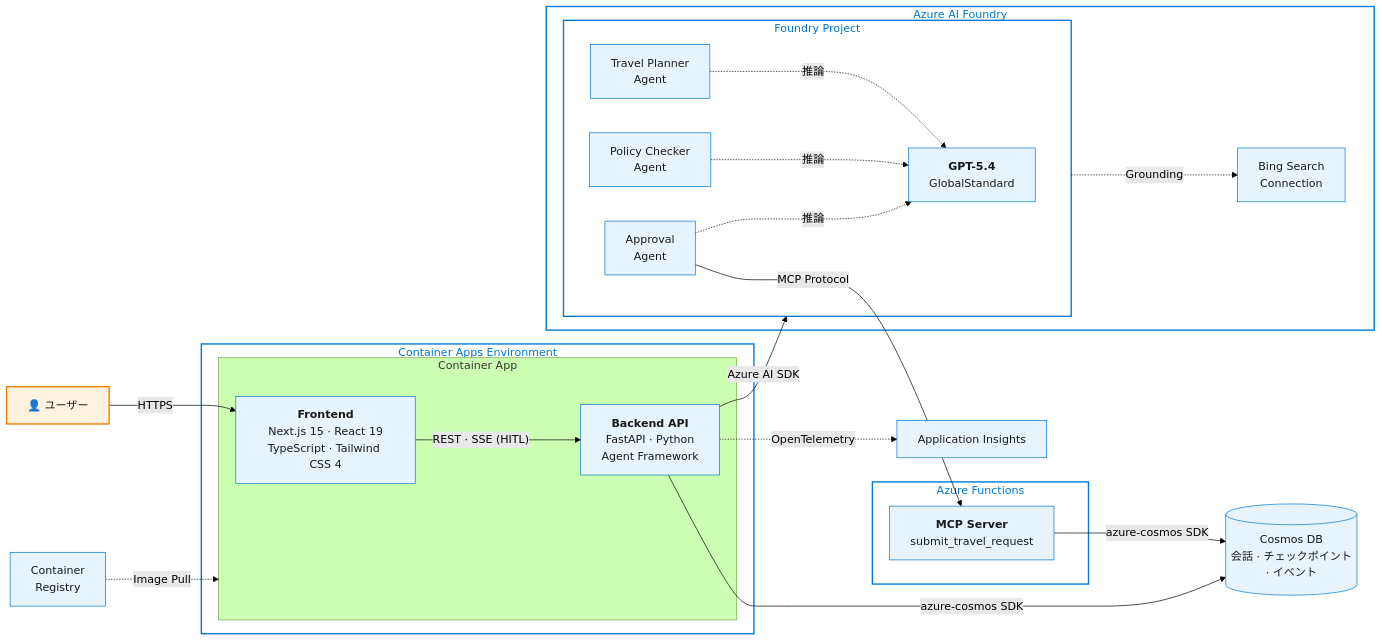
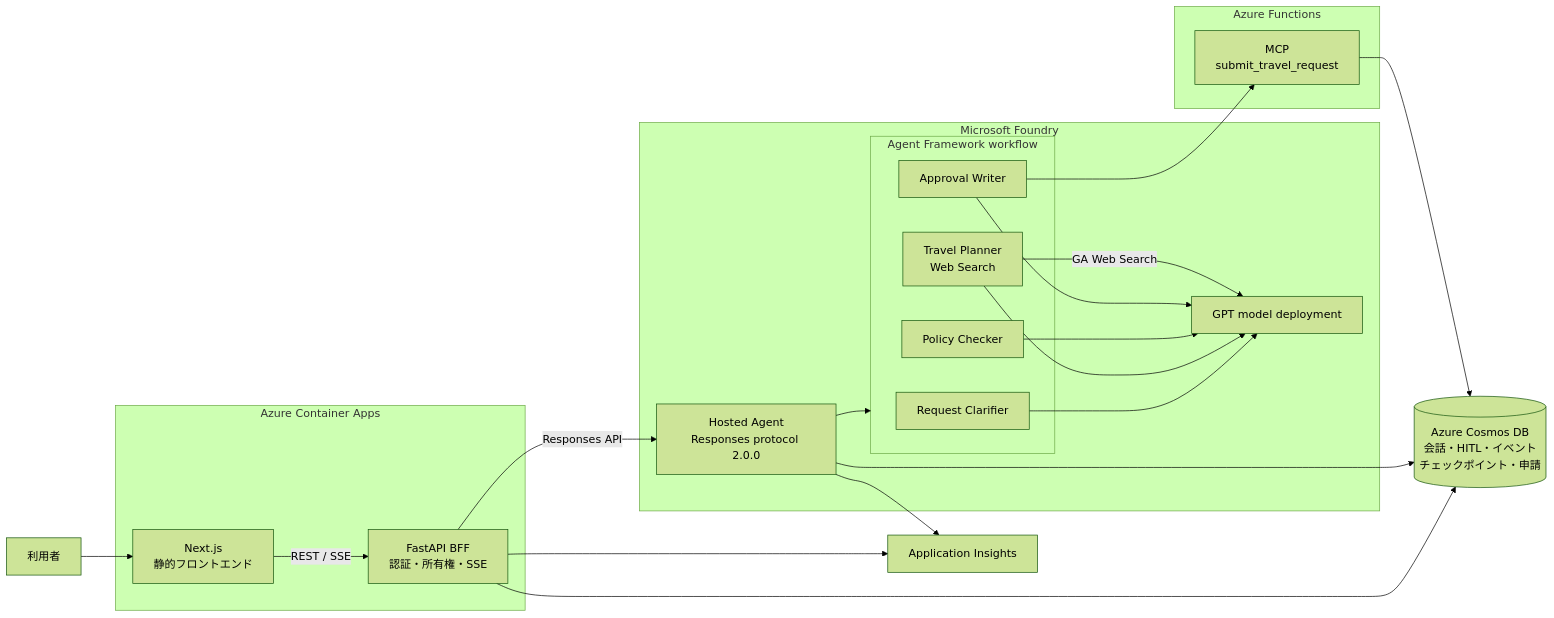
The first of 2 diagrams in README.md (teshi22/grobal_azure_demo), drawn with Mermaid (forest theme) before and after one commit. The commit also changed other lines of this file and 81 other files, not shown here.

First line of the commit message:
feat: migrate travel workflow to Foundry hosted agent

````diff
--- a/README.md
+++ b/README.md
@@ -9,51 +11,39 @@
 ```mermaid
 flowchart LR
-    User["👤 ユーザー"]
+    User["利用者"]
 
-    subgraph CAE["Container Apps Environment"]
-        subgraph App["Container App"]
-            FE["<b>Frontend</b><br/>Next.js 15 · React 19<br/>TypeScript · Tailwind CSS 4"]
-            BE["<b>Backend API</b><br/>FastAPI · Python<br/>Agent Framework"]
-        end
+    subgraph CA["Azure Container Apps"]
+        Web["Next.js<br/>静的フロントエンド"]
+        BFF["FastAPI BFF<br/>認証・所有権・SSE"]
     end
 
-    subgraph Foundry["Azure AI Foundry"]
-        subgraph Proj["Foundry Project"]
-            Model["<b>GPT-5.4</b><br/>GlobalStandard"]
-            AgentTP["Travel Planner<br/>Agent"]
-            AgentPC["Policy Checker<br/>Agent"]
-            AgentAA["Approval<br/>Agent"]
+    subgraph Foundry["Microsoft Foundry"]
+        Host["Hosted Agent<br/>Responses protocol 2.0.0"]
+        subgraph AF["Agent Framework workflow"]
+            Clarifier["Request Clarifier"]
+            Planner["Travel Planner<br/>Web Search"]
+            Policy["Policy Checker"]
+            Writer["Approval Writer"]
         end
-        BingConn["Bing Search<br/>Connection"]
+        Model["GPT model deployment"]
     end
 
-    subgraph Func["Azure Functions"]
-        MCP["<b>MCP Server</b><br/>submit_travel_request"]
+    subgraph Function["Azure Functions"]
+        MCP["MCP<br/>submit_travel_request"]
     end
 
-    Cosmos[("Cosmos DB<br/>会話 · チェックポイント<br/>· イベント")]
-    ACR["Container<br/>Registry"]
-    AppIns["Application Insights"]
+    Cosmos[("Azure Cosmos DB<br/>会話・HITL・イベント<br/>チェックポイント・申請")]
+    Insights["Application Insights"]
 
-    User -->|HTTPS| FE
-    FE -->|"REST · SSE (HITL)"| BE
-    BE -->|Azure AI SDK| Proj
-    AgentTP & AgentPC & AgentAA -.->|推論| Model
-    AgentAA -->|MCP Protocol| MCP
-    MCP -->|azure-cosmos SDK| Cosmos
-    BE -->|azure-cosmos SDK| Cosmos
-    Proj -.->|Grounding| BingConn
-    BE -.->|OpenTelemetry| AppIns
-    ACR -.->|Image Pull| App
-
-    classDef boundary fill:none,stroke:#0078D4,stroke-width:2px,color:#0078D4
-    classDef resource fill:#E8F4FD,stroke:#0078D4,stroke-width:1px,color:#1A1A1A
-    classDef data fill:#E8F4FD,stroke:#0078D4,stroke-width:1px,color:#1A1A1A
-    classDef user fill:#FFF3E0,stroke:#F57C00,stroke-width:2px,color:#1A1A1A
-
-    class CAE,Foundry,Func boundary
-    class Proj boundary
-    class FE,BE,Model,AgentTP,AgentPC,AgentAA,MCP,BingConn,ACR,AppIns resource
-    class Cosmos data
-    class User user
+    User --> Web
+    Web -->|"REST / SSE"| BFF
+    BFF -->|"Responses API"| Host
+    Host --> AF
+    Clarifier & Planner & Policy & Writer --> Model
+    Planner -->|"GA Web Search"| Model
+    Writer --> MCP
+    BFF --> Cosmos
+    Host --> Cosmos
+    MCP --> Cosmos
+    BFF & Host --> Insights
 ```
````
